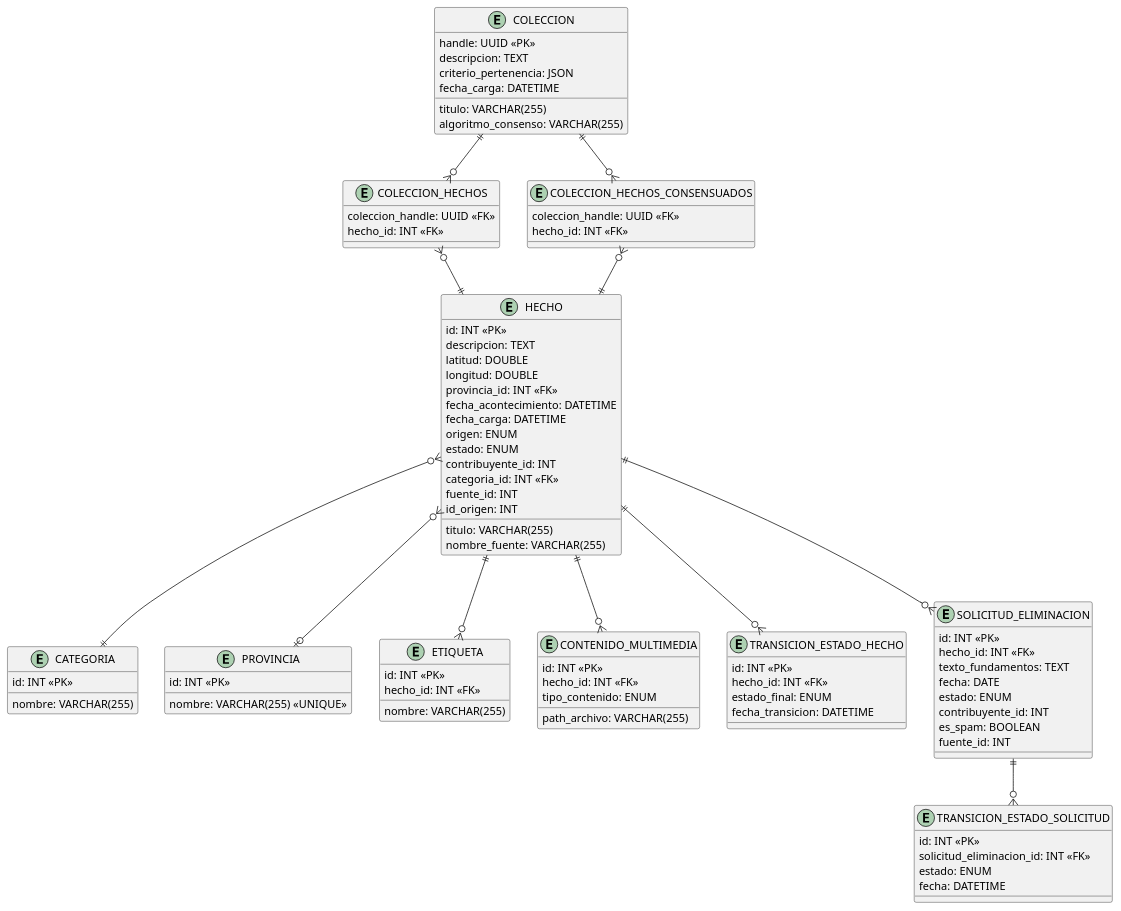
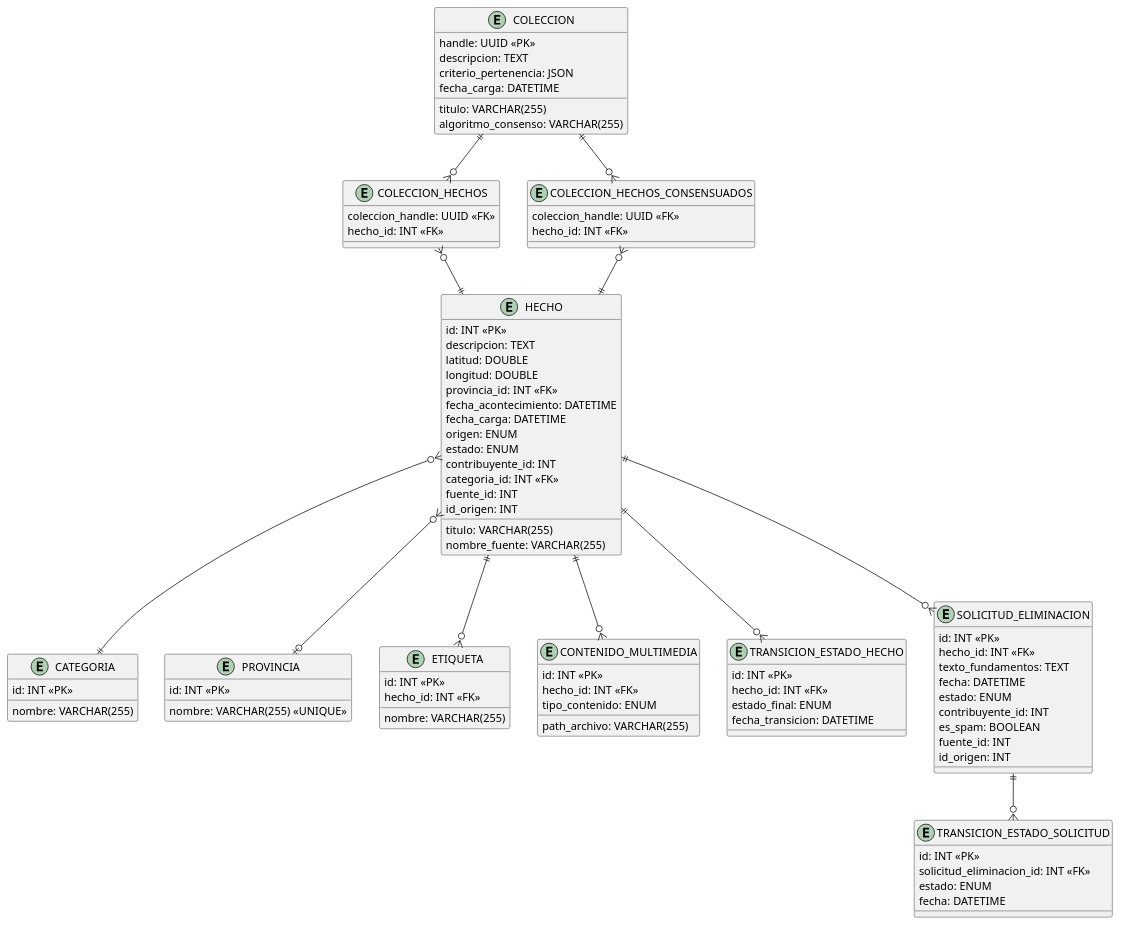
The diagram in entregables/entrega-final/diagrama-entidad-relacion/agregador.puml (NicolasPazz/metamapa), drawn with PlantUML before and after one commit. The commit also changed 84 other files, not shown here.

```diff
--- a/entregables/entrega-final/diagrama-entidad-relacion/agregador.puml
+++ b/entregables/entrega-final/diagrama-entidad-relacion/agregador.puml
@@ -1,100 +1,101 @@
 @startuml
 
 entity "HECHO" as h {
 id: INT <<PK>>
 titulo: VARCHAR(255)
 descripcion: TEXT
 latitud: DOUBLE
 longitud: DOUBLE
 provincia_id: INT <<FK>>
 fecha_acontecimiento: DATETIME
 fecha_carga: DATETIME
 origen: ENUM
 estado: ENUM
 contribuyente_id: INT
 categoria_id: INT <<FK>>
 fuente_id: INT
 id_origen: INT
 nombre_fuente: VARCHAR(255)
 }
 
 entity "CATEGORIA" as cat {
 id: INT <<PK>>
 nombre: VARCHAR(255)
 }
 
 entity "PROVINCIA" as prov {
 id: INT <<PK>>
 nombre: VARCHAR(255) <<UNIQUE>>
 }
 
 entity "ETIQUETA" as etiq {
 id: INT <<PK>>
 hecho_id: INT <<FK>>
 nombre: VARCHAR(255)
 }
 
 entity "CONTENIDO_MULTIMEDIA" as multi {
 id: INT <<PK>>
 hecho_id: INT <<FK>>
 path_archivo: VARCHAR(255)
 tipo_contenido: ENUM
 }
 
 entity "TRANSICION_ESTADO_HECHO" as teh {
 id: INT <<PK>>
 hecho_id: INT <<FK>>
 estado_final: ENUM
 fecha_transicion: DATETIME
 }
 
 entity "COLECCION" as col {
 handle: UUID <<PK>>
 titulo: VARCHAR(255)
 descripcion: TEXT
 criterio_pertenencia: JSON
 algoritmo_consenso: VARCHAR(255)
 fecha_carga: DATETIME
 }
 
 entity "COLECCION_HECHOS" as ch {
 coleccion_handle: UUID <<FK>>
 hecho_id: INT <<FK>>
 }
 
 entity "COLECCION_HECHOS_CONSENSUADOS" as chc {
 coleccion_handle: UUID <<FK>>
 hecho_id: INT <<FK>>
 }
 
 entity "SOLICITUD_ELIMINACION" as se {
 id: INT <<PK>>
 hecho_id: INT <<FK>>
 texto_fundamentos: TEXT
-fecha: DATE
+fecha: DATETIME
 estado: ENUM
 contribuyente_id: INT
 es_spam: BOOLEAN
 fuente_id: INT
+id_origen: INT
 }
 
 entity "TRANSICION_ESTADO_SOLICITUD" as tes {
 id: INT <<PK>>
 solicitud_eliminacion_id: INT <<FK>>
 estado: ENUM
 fecha: DATETIME
 }
 
 h }o--|| cat
 h }o--o| prov
 h ||--o{ etiq
 h ||--o{ multi
 h ||--o{ teh
 h ||--o{ se
 col ||--o{ ch
 col ||--o{ chc
 ch }o--|| h
 chc }o--|| h
 se ||--o{ tes
 
 @enduml
```
